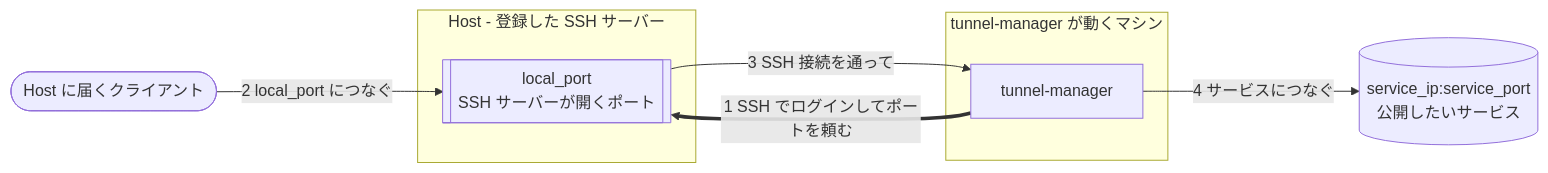
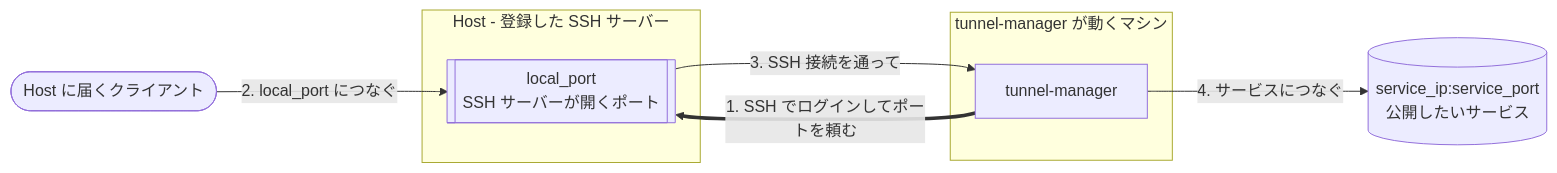
Before and after one commit to jollaman999/tunnel-manager: the diagram in docs/README.ja.md, drawn with Mermaid. The commit also changed 3 other files, not shown here.

Commit message:
docs: Number the diagram steps as ordinals

````diff
--- a/docs/README.ja.md
+++ b/docs/README.ja.md
@@ -14,16 +14,16 @@
 ```mermaid
 flowchart LR
     client(["Host に届くクライアント"])
     subgraph host ["Host - 登録した SSH サーバー"]
         port[["local_port<br/>SSH サーバーが開くポート"]]
     end
     subgraph here ["tunnel-manager が動くマシン"]
         tm["tunnel-manager"]
     end
     service[("service_ip:service_port<br/>公開したいサービス")]
 
-    tm ==>|"1 SSH でログインしてポートを頼む"| port
-    client -->|"2 local_port につなぐ"| port
-    port -->|"3 SSH 接続を通って"| tm
-    tm -->|"4 サービスにつなぐ"| service
+    tm ==>|"1. SSH でログインしてポートを頼む"| port
+    client -->|"2. local_port につなぐ"| port
+    port -->|"3. SSH 接続を通って"| tm
+    tm -->|"4. サービスにつなぐ"| service
 ```
````
